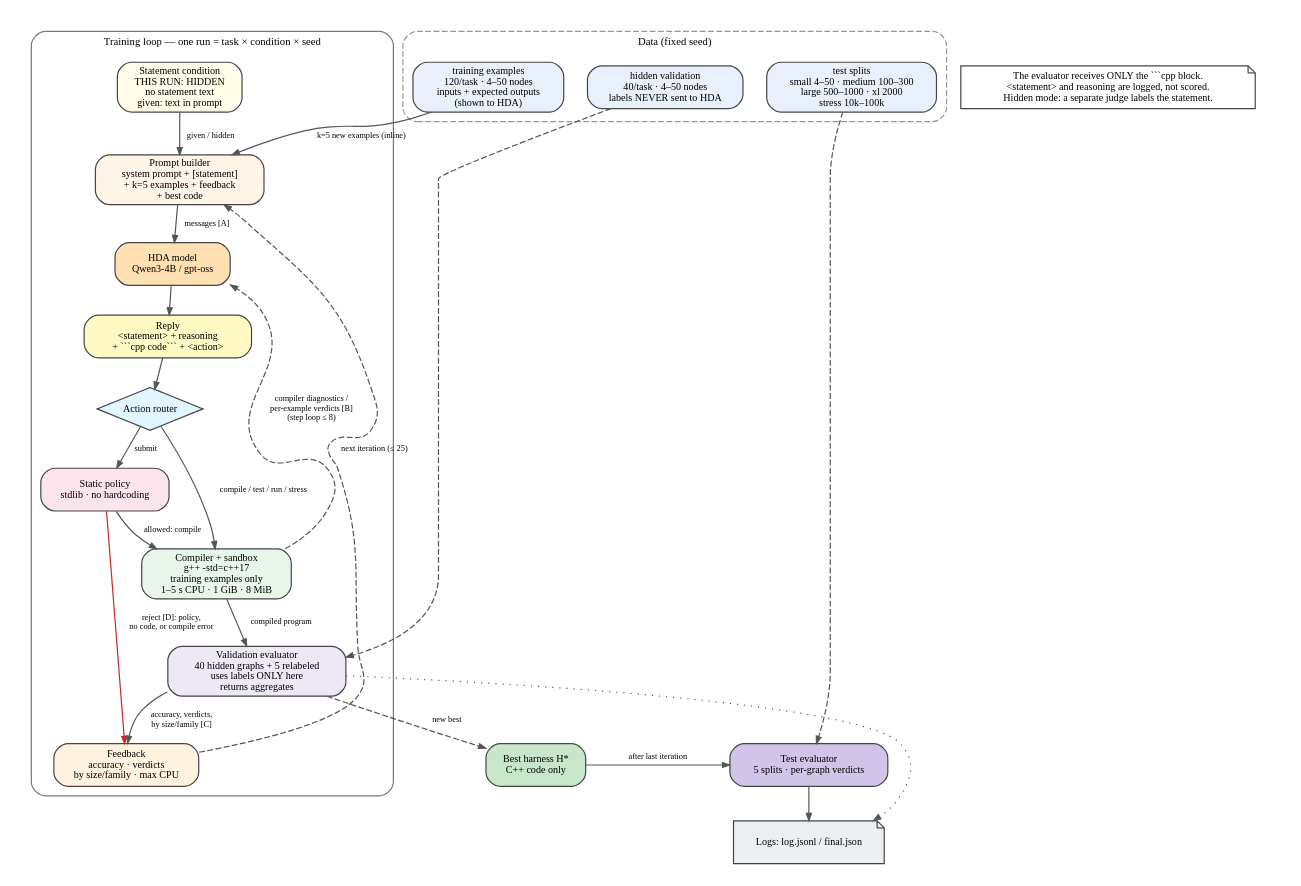
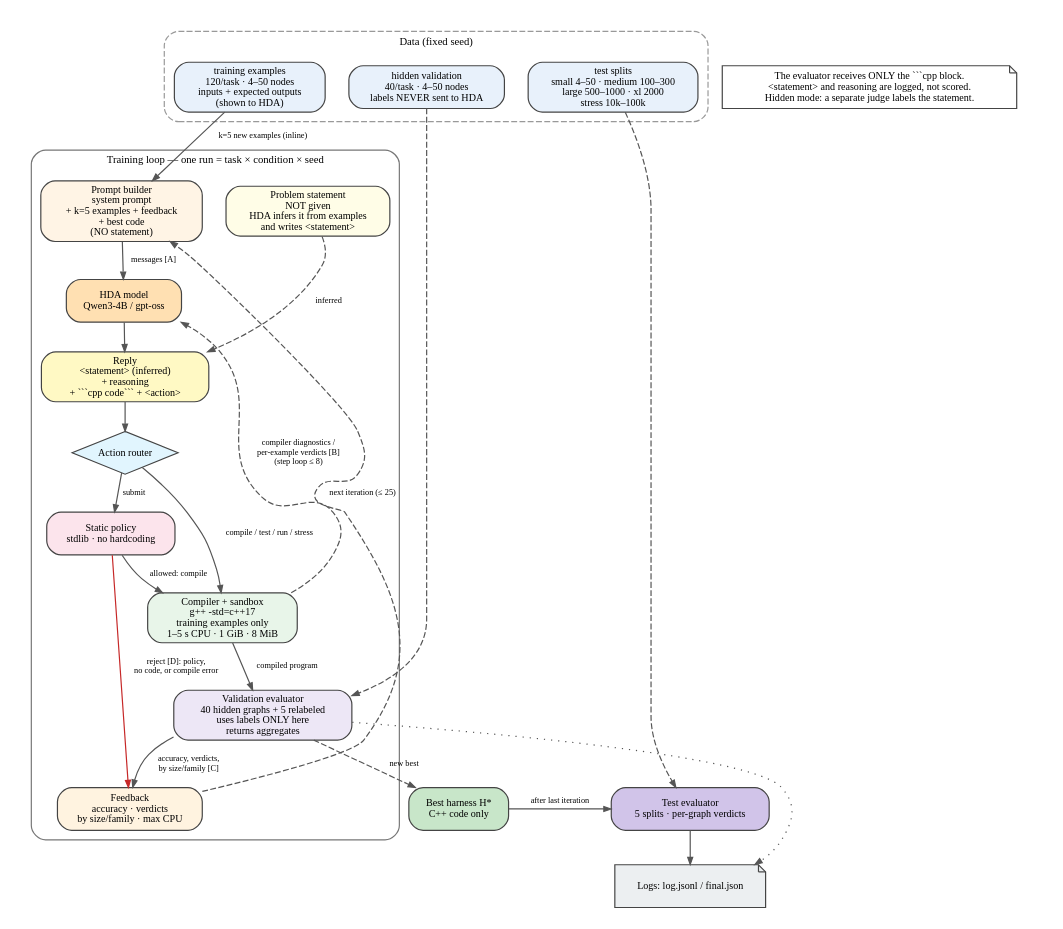
One commit to PrinceZarzees/cs5624-project changed the diagram in report/figures/hda/hda_loop.dot. Above: the diagram before and after it, drawn with Graphviz. The commit also changed 7 other files, not shown here.

````diff
--- a/report/figures/hda/hda_loop.dot
+++ b/report/figures/hda/hda_loop.dot
@@ -1,54 +1,54 @@
 digraph HDA {
   graph [rankdir=TB, splines=true, nodesep=0.28, ranksep=0.34, fontsize=10, pad=0.15];
   node  [shape=box, style="rounded,filled", fillcolor="#F7F7F7", color="#444444", fontsize=8.5, margin="0.08,0.04"];
   edge  [fontsize=7, color="#555555", arrowsize=0.6];
 
   subgraph cluster_data {
     label="Data (fixed seed)"; style="rounded,dashed"; color="#999999"; fontsize=9;
     ex   [label="training examples\n120/task · 4–50 nodes\ninputs + expected outputs\n(shown to HDA)", fillcolor="#E8F1FB"];
     val  [label="hidden validation\n40/task · 4–50 nodes\nlabels NEVER sent to HDA", fillcolor="#E8F1FB"];
     test [label="test splits\nsmall 4–50 · medium 100–300\nlarge 500–1000 · xl 2000\nstress 10k–100k", fillcolor="#E8F1FB"];
     {rank=same; ex; val; test;}
   }
 
   subgraph cluster_loop {
     label="Training loop — one run = task × condition × seed"; style="rounded"; color="#777777"; fontsize=9;
-    stmt   [label="Statement condition\nTHIS RUN: HIDDEN\nno statement text\ngiven: text in prompt", fillcolor="#FFFDE7"];
-    prompt [label="Prompt builder\nsystem prompt + [statement]\n+ k=5 examples + feedback\n+ best code", fillcolor="#FFF4E5"];
+    stmt   [label="Problem statement\nNOT given\nHDA infers it from examples\nand writes <statement>", fillcolor="#FFFDE7"];
+    prompt [label="Prompt builder\nsystem prompt\n+ k=5 examples + feedback\n+ best code\n(NO statement)", fillcolor="#FFF4E5"];
     hda    [label="HDA model\nQwen3-4B / gpt-oss", fillcolor="#FFE0B2"];
-    reply  [label="Reply\n<statement> + reasoning\n+ ```cpp code``` + <action>", fillcolor="#FFF9C4"];
+    reply  [label="Reply\n<statement> (inferred)\n+ reasoning\n+ ```cpp code``` + <action>", fillcolor="#FFF9C4"];
     router [label="Action router", shape=diamond, style="filled", fillcolor="#E1F5FE", margin="0.01,0.01"];
     tool   [label="Compiler + sandbox\ng++ -std=c++17\ntraining examples only\n1–5 s CPU · 1 GiB · 8 MiB", fillcolor="#E8F5E9"];
     policy [label="Static policy\nstdlib · no hardcoding", fillcolor="#FCE4EC"];
     eval   [label="Validation evaluator\n40 hidden graphs + 5 relabeled\nuses labels ONLY here\nreturns aggregates", fillcolor="#EDE7F6"];
     fb     [label="Feedback\naccuracy · verdicts\nby size/family · max CPU", fillcolor="#FFF3E0"];
   }
 
   hstar [label="Best harness H*\nC++ code only", fillcolor="#C8E6C9"];
   tests [label="Test evaluator\n5 splits · per-graph verdicts", fillcolor="#D1C4E9"];
   logs  [label="Logs: log.jsonl / final.json", shape=note, fillcolor="#ECEFF1"];
   note  [shape=note, fillcolor="#FFFFFF", label="The evaluator receives ONLY the ```cpp block.\n<statement> and reasoning are logged, not scored.\nHidden mode: a separate judge labels the statement."];
 
   ex -> prompt [label="k=5 new examples (inline)"];
-  stmt -> prompt [label="given / hidden"];
   prompt -> hda [label="messages [A]"];
+  stmt -> reply [label="inferred", style=dashed, constraint=false];
   hda -> reply;
   reply -> router;
   router -> tool [label="compile / test / run / stress"];
   tool -> hda [label="compiler diagnostics /\nper-example verdicts [B]\n(step loop ≤ 8)", style=dashed, constraint=false];
   router -> policy [label="submit"];
   policy -> fb [label="reject [D]: policy,\nno code, or compile error", color="#C62828"];
   policy -> tool [label="allowed: compile"];
   tool -> eval [label="compiled program"];
   val -> eval [style=dashed];
   eval -> fb [label="accuracy, verdicts,\nby size/family [C]"];
   eval -> hstar [label="new best", style=dashed];
   fb -> prompt [label="next iteration (≤ 25)", style=dashed, constraint=false];
   hstar -> tests [label="after last iteration"];
   test -> tests [style=dashed];
   tests -> logs;
   eval -> logs [style=dotted, constraint=false];
   note -> note [style=invis];
 
   {rank=same; hstar; tests;}
 }
````
